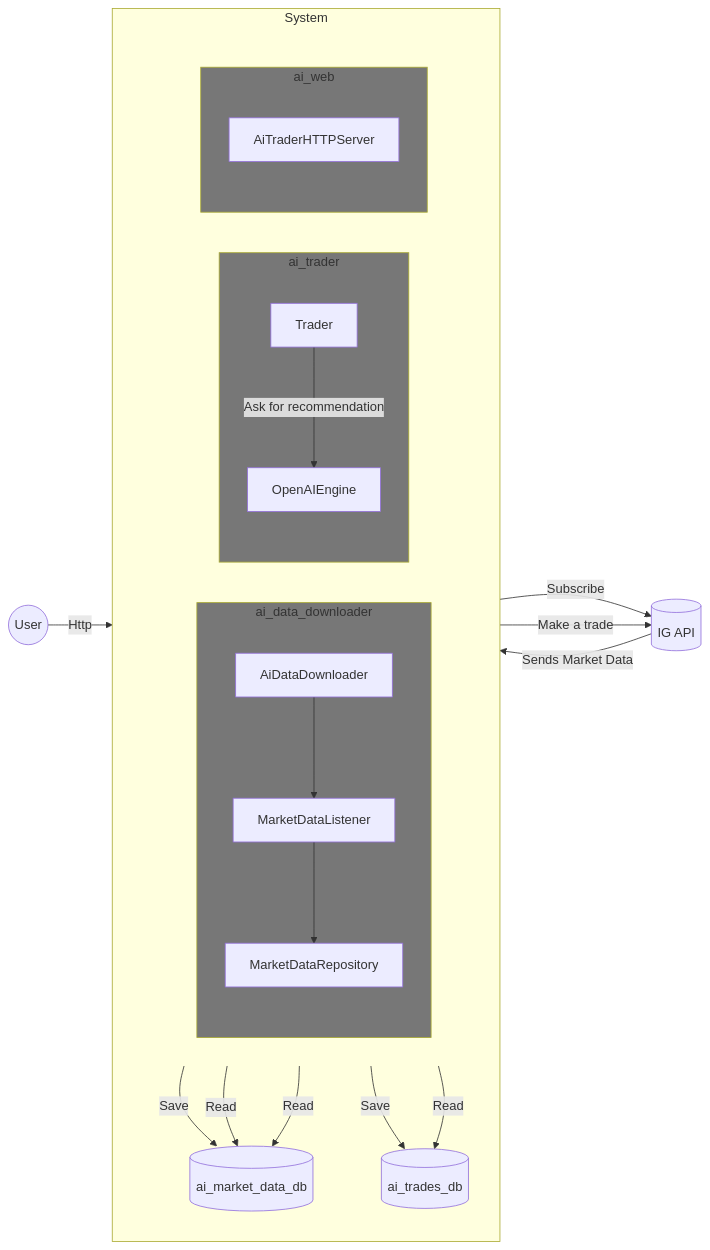
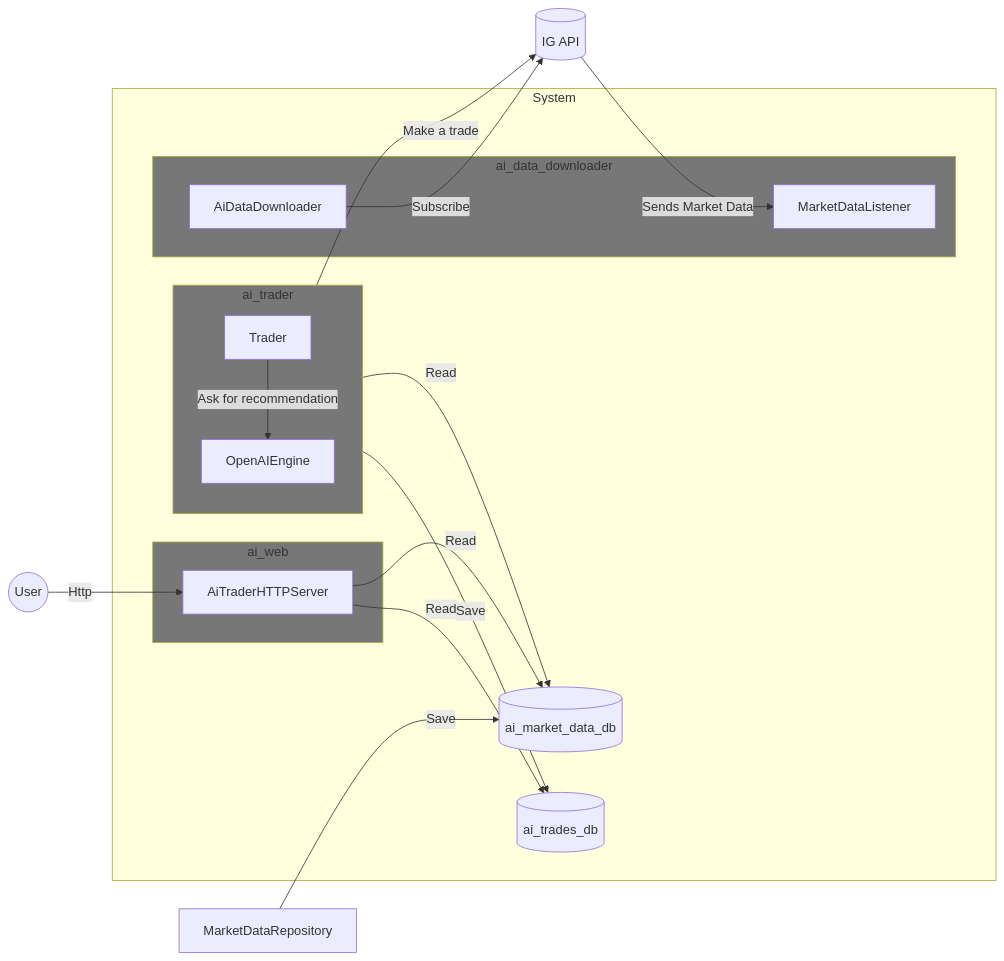
Before and after one commit to antonioalonzi/aitrade: the diagram in README.md, drawn with Mermaid.

Commit message:
Architecture Graph

````diff
--- a/README.md
+++ b/README.md
@@ -5,51 +5,47 @@
 ```mermaid
 flowchart LR
     subgraph System
-        direction TB
         subgraph Apps
-            direction LR
             subgraph ai_data_downloader
-                direction TB
-                AiDataDownloader --> MarketDataListener
-                MarketDataListener --> MarketDataRepository
+                AiDataDownloader
+                MarketDataListener
             end
             
             subgraph ai_trader [ai_trader]
                 direction TB
                 Trader
                 OpenAIEngine
             end
             
             subgraph ai_web [ai_web]
-                direction TB
                 AiTraderHTTPServer
             end
         end
         
         ai_market_data_db[(ai_market_data_db)]
         ai_trades_db[(ai_trades_db)]
     end
 
     %% External
     User(("User"))
     IG[(IG API)]
 
     %% Flow Rules
     User -->|Http| AiTraderHTTPServer
     AiTraderHTTPServer -->|Read| ai_market_data_db
     AiTraderHTTPServer -->|Read| ai_trades_db
 
     AiDataDownloader -->|Subscribe| IG 
     IG -->|Sends Market Data| MarketDataListener
     MarketDataRepository -->|Save| ai_market_data_db
 
     Trader -->|Read| ai_market_data_db
     Trader -->|Ask for recommendation| OpenAIEngine
     Trader -->|Make a trade| IG
     Trader -->|Save| ai_trades_db
     
     style Apps stroke-width:0, color:transparent
     style ai_data_downloader fill:#777777
     style ai_trader fill:#777777
     style ai_web fill:#777777
 ```
````
